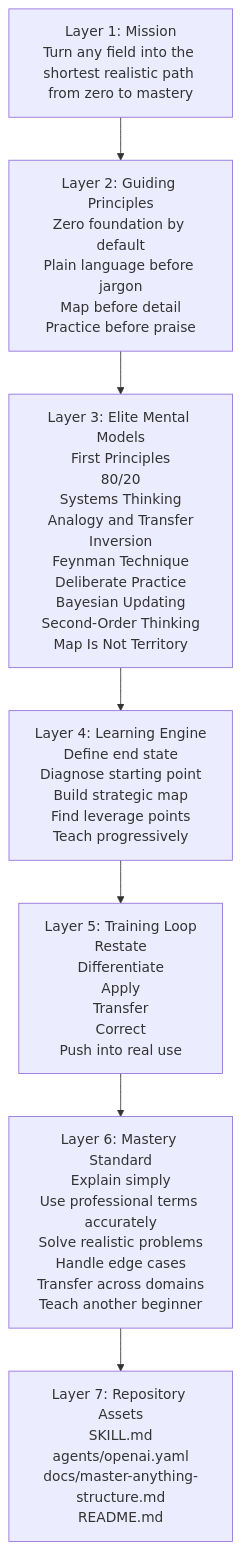
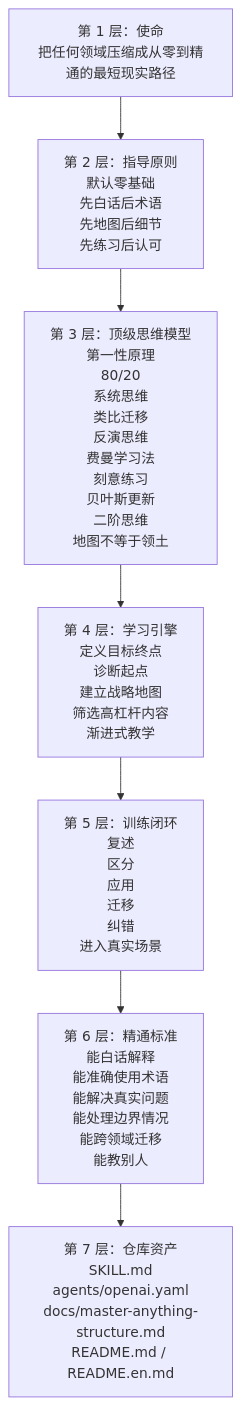
Before and after one commit to harrymarin/master-anything: the diagram in README.md, drawn with Mermaid. The commit also changed other lines of this file and 1 other file, not shown here.

````diff
--- a/README.md
+++ b/README.md
@@ -33,12 +43,12 @@
 ```mermaid
 flowchart TD
-    A["Layer 1: Mission<br/>Turn any field into the shortest realistic path from zero to mastery"]
-    B["Layer 2: Guiding Principles<br/>Zero foundation by default<br/>Plain language before jargon<br/>Map before detail<br/>Practice before praise"]
-    C["Layer 3: Elite Mental Models<br/>First Principles<br/>80/20<br/>Systems Thinking<br/>Analogy and Transfer<br/>Inversion<br/>Feynman Technique<br/>Deliberate Practice<br/>Bayesian Updating<br/>Second-Order Thinking<br/>Map Is Not Territory"]
-    D["Layer 4: Learning Engine<br/>Define end state<br/>Diagnose starting point<br/>Build strategic map<br/>Find leverage points<br/>Teach progressively"]
-    E["Layer 5: Training Loop<br/>Restate<br/>Differentiate<br/>Apply<br/>Transfer<br/>Correct<br/>Push into real use"]
-    F["Layer 6: Mastery Standard<br/>Explain simply<br/>Use professional terms accurately<br/>Solve realistic problems<br/>Handle edge cases<br/>Transfer across domains<br/>Teach another beginner"]
-    G["Layer 7: Repository Assets<br/>SKILL.md<br/>agents/openai.yaml<br/>docs/master-anything-structure.md<br/>README.md"]
+    A["第 1 层：使命<br/>把任何领域压缩成从零到精通的最短现实路径"]
+    B["第 2 层：指导原则<br/>默认零基础<br/>先白话后术语<br/>先地图后细节<br/>先练习后认可"]
+    C["第 3 层：顶级思维模型<br/>第一性原理<br/>80/20<br/>系统思维<br/>类比迁移<br/>反演思维<br/>费曼学习法<br/>刻意练习<br/>贝叶斯更新<br/>二阶思维<br/>地图不等于领土"]
+    D["第 4 层：学习引擎<br/>定义目标终点<br/>诊断起点<br/>建立战略地图<br/>筛选高杠杆内容<br/>渐进式教学"]
+    E["第 5 层：训练闭环<br/>复述<br/>区分<br/>应用<br/>迁移<br/>纠错<br/>进入真实场景"]
+    F["第 6 层：精通标准<br/>能白话解释<br/>能准确使用术语<br/>能解决真实问题<br/>能处理边界情况<br/>能跨领域迁移<br/>能教别人"]
+    G["第 7 层：仓库资产<br/>SKILL.md<br/>agents/openai.yaml<br/>docs/master-anything-structure.md<br/>README.md / README.en.md"]
 
     A --> B --> C --> D --> E --> F --> G
 ```
````
